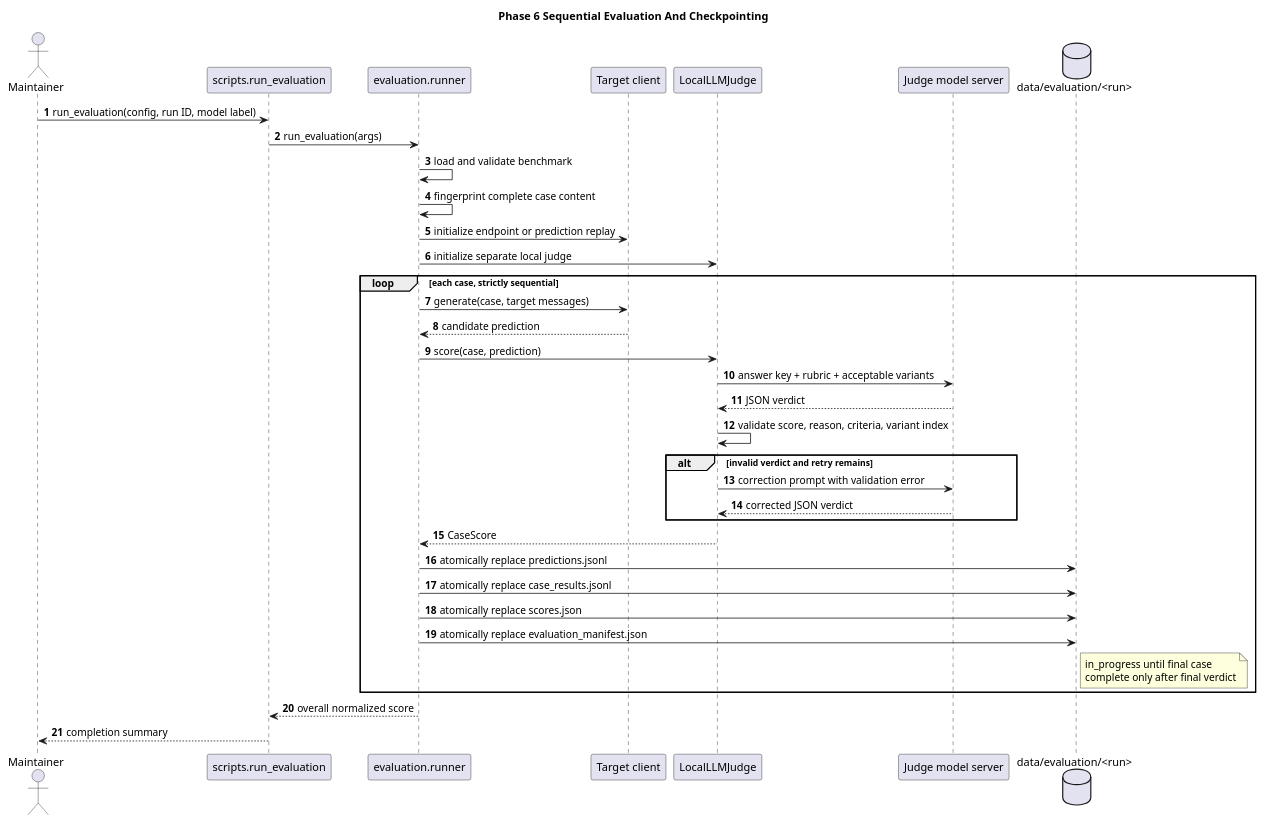
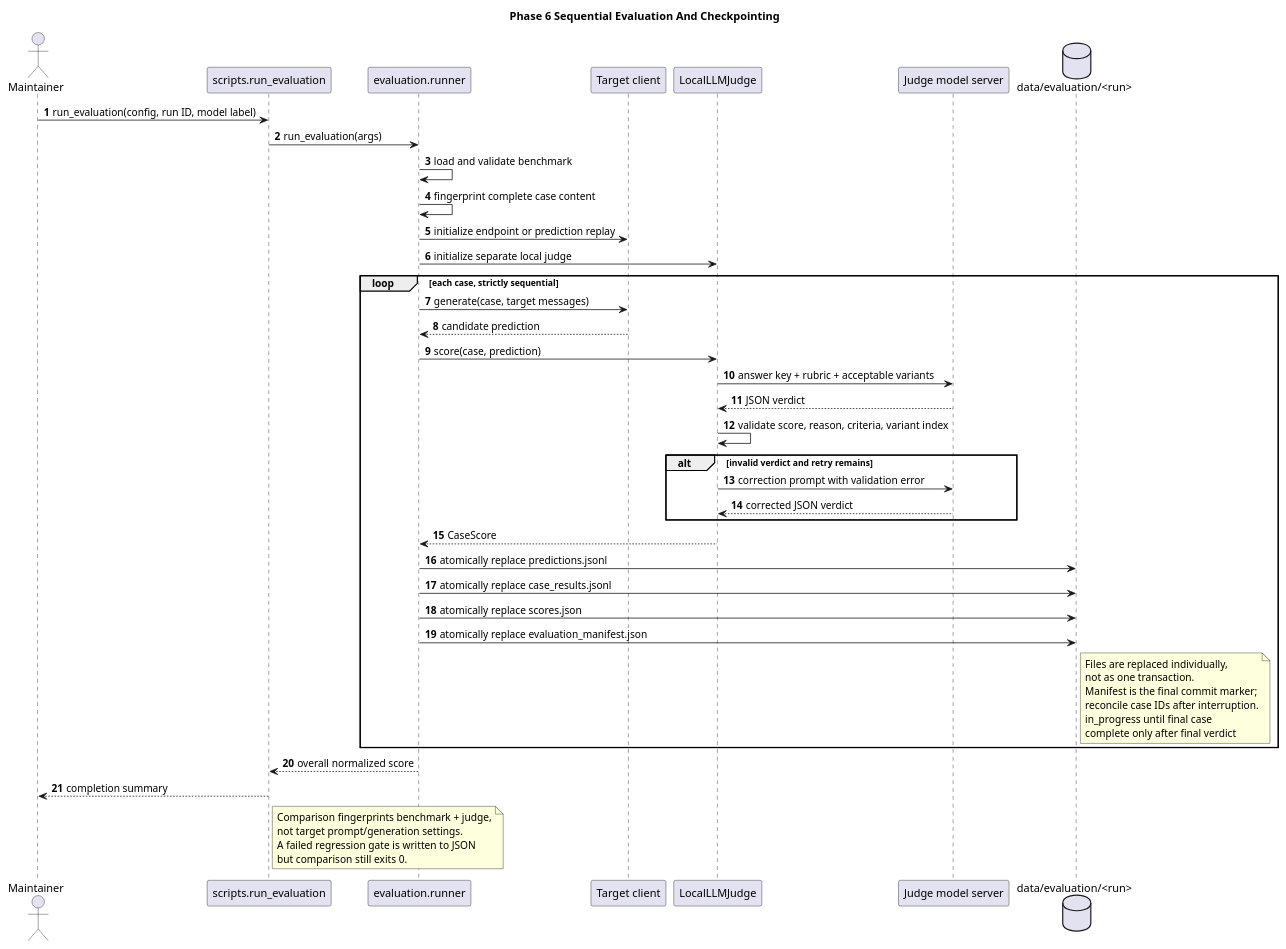
One commit to darkrelicz/dfir-dataset changed the diagram in docs/diagrams/phase6-evaluation-sequence.puml. Above: the diagram before and after it, drawn with PlantUML. The commit also changed 28 other files, not shown here.

```diff
--- a/docs/diagrams/phase6-evaluation-sequence.puml
+++ b/docs/diagrams/phase6-evaluation-sequence.puml
@@ -1,47 +1,58 @@
 @startuml
 title Phase 6 Sequential Evaluation And Checkpointing
 
 skinparam shadowing false
 autonumber
 
 actor Maintainer
 participant "scripts.run_evaluation" as CLI
 participant "evaluation.runner" as Runner
 participant "Target client" as Target
 participant "LocalLLMJudge" as Judge
 participant "Judge model server" as JudgeServer
 database "data/evaluation/<run>" as Output
 
 Maintainer -> CLI: run_evaluation(config, run ID, model label)
 CLI -> Runner: run_evaluation(args)
 Runner -> Runner: load and validate benchmark
 Runner -> Runner: fingerprint complete case content
 Runner -> Target: initialize endpoint or prediction replay
 Runner -> Judge: initialize separate local judge
 
 loop each case, strictly sequential
   Runner -> Target: generate(case, target messages)
   Target --> Runner: candidate prediction
   Runner -> Judge: score(case, prediction)
   Judge -> JudgeServer: answer key + rubric + acceptable variants
   JudgeServer --> Judge: JSON verdict
   Judge -> Judge: validate score, reason, criteria, variant index
   alt invalid verdict and retry remains
     Judge -> JudgeServer: correction prompt with validation error
     JudgeServer --> Judge: corrected JSON verdict
   end
   Judge --> Runner: CaseScore
   Runner -> Output: atomically replace predictions.jsonl
   Runner -> Output: atomically replace case_results.jsonl
   Runner -> Output: atomically replace scores.json
   Runner -> Output: atomically replace evaluation_manifest.json
   note right of Output
+    Files are replaced individually,
+    not as one transaction.
+    Manifest is the final commit marker;
+    reconcile case IDs after interruption.
     in_progress until final case
     complete only after final verdict
   end note
 end
 
 Runner --> CLI: overall normalized score
 CLI --> Maintainer: completion summary
 
+note right of CLI
+  Comparison fingerprints benchmark + judge,
+  not target prompt/generation settings.
+  A failed regression gate is written to JSON
+  but comparison still exits 0.
+end note
+
 @enduml
```
